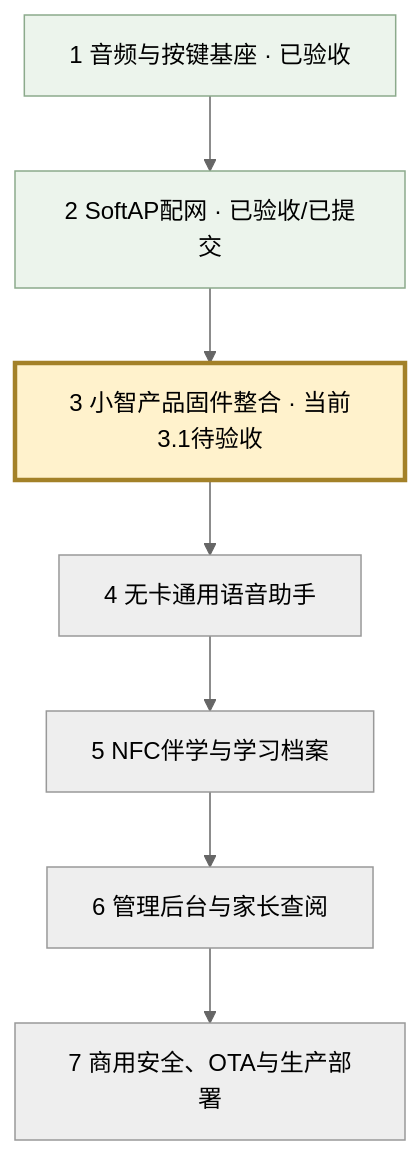
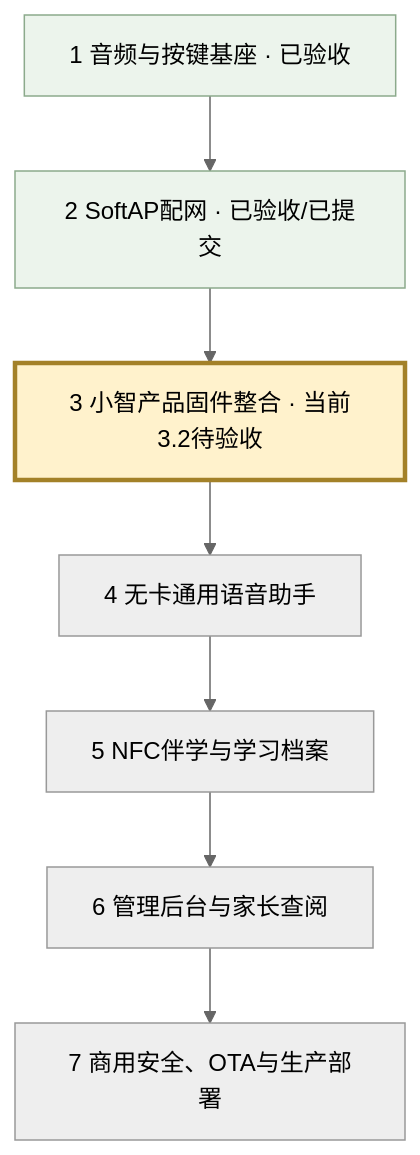
Before and after one commit to helper15901590/stubuddy: the diagram in stubuddy/firmware/speaker-selftest/DEVELOPMENT-ROADMAP.md, drawn with Mermaid (neutral theme). The commit also changed other lines of this file and 21 other files, not shown here.

````diff
--- a/stubuddy/firmware/speaker-selftest/DEVELOPMENT-ROADMAP.md
+++ b/stubuddy/firmware/speaker-selftest/DEVELOPMENT-ROADMAP.md
@@ -7,12 +7,12 @@
 ```mermaid
 flowchart TB
   A["1 音频与按键基座 · 已验收"] --> B["2 SoftAP配网 · 已验收/已提交"]
-  B --> C["3 小智产品固件整合 · 当前3.1待验收"]
+  B --> C["3 小智产品固件整合 · 当前3.2待验收"]
   C --> D["4 无卡通用语音助手"]
   D --> E["5 NFC伴学与学习档案"]
   E --> F["6 管理后台与家长查阅"]
   F --> G["7 商用安全、OTA与生产部署"]
   style A fill:#ecf4ec,stroke:#8caa8c
   style B fill:#ecf4ec,stroke:#8caa8c
   style C fill:#fff2cc,stroke:#a38128,stroke-width:3px
 ```
````
